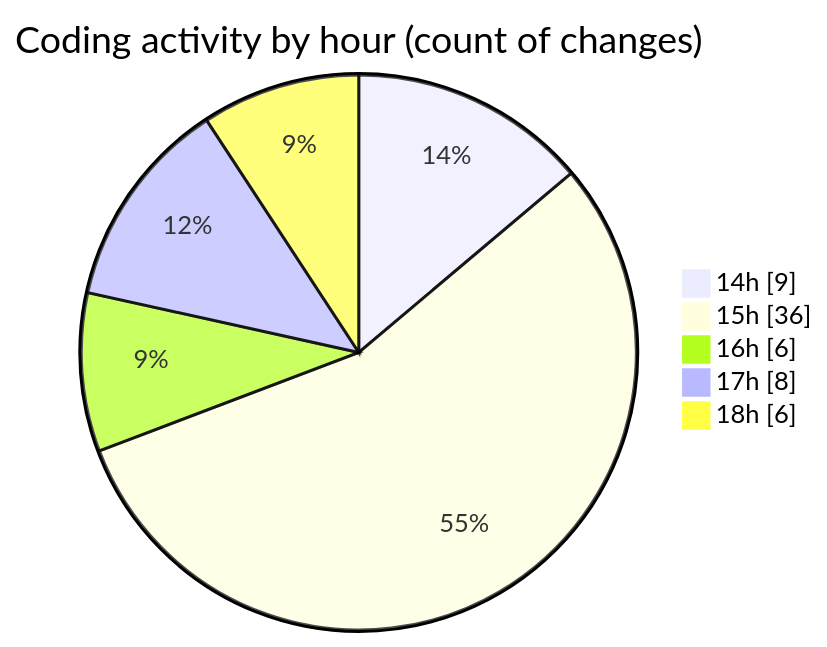
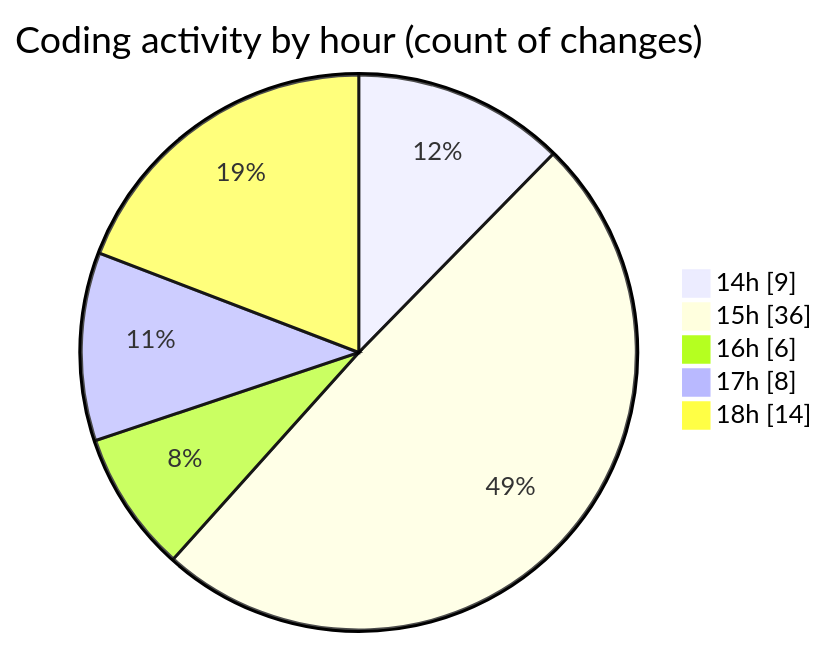
Before and after one commit to Ritupan-Deka/code-tracking: the second of 2 diagrams in 2025-06-17/projects/README.md, drawn with Mermaid. The commit also changed other lines of this file and 1 other file, not shown here.

````diff
--- a/2025-06-17/projects/README.md
+++ b/2025-06-17/projects/README.md
@@ -29,9 +29,9 @@
 ```mermaid
 pie showData
 title Coding activity by hour (count of changes)
 "14h" : 9
 "15h" : 36
 "16h" : 6
 "17h" : 8
-"18h" : 6
+"18h" : 14
 ```
````
